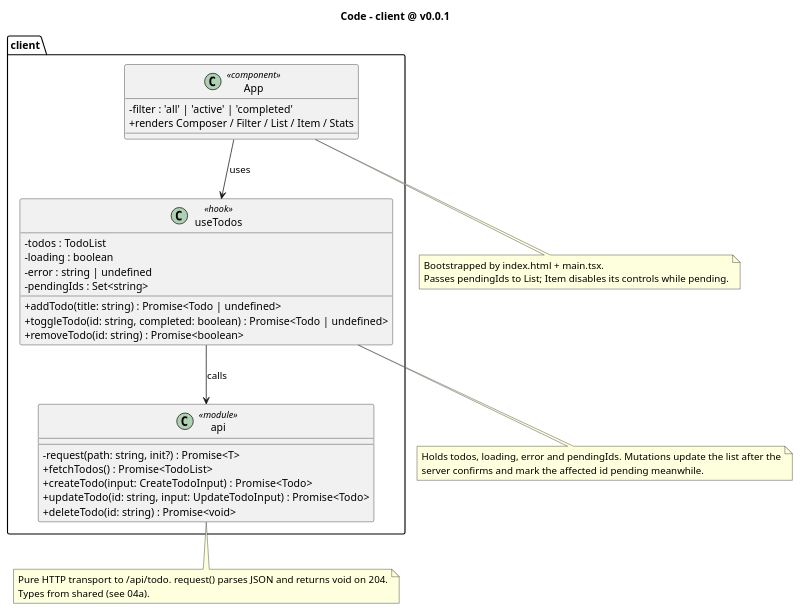
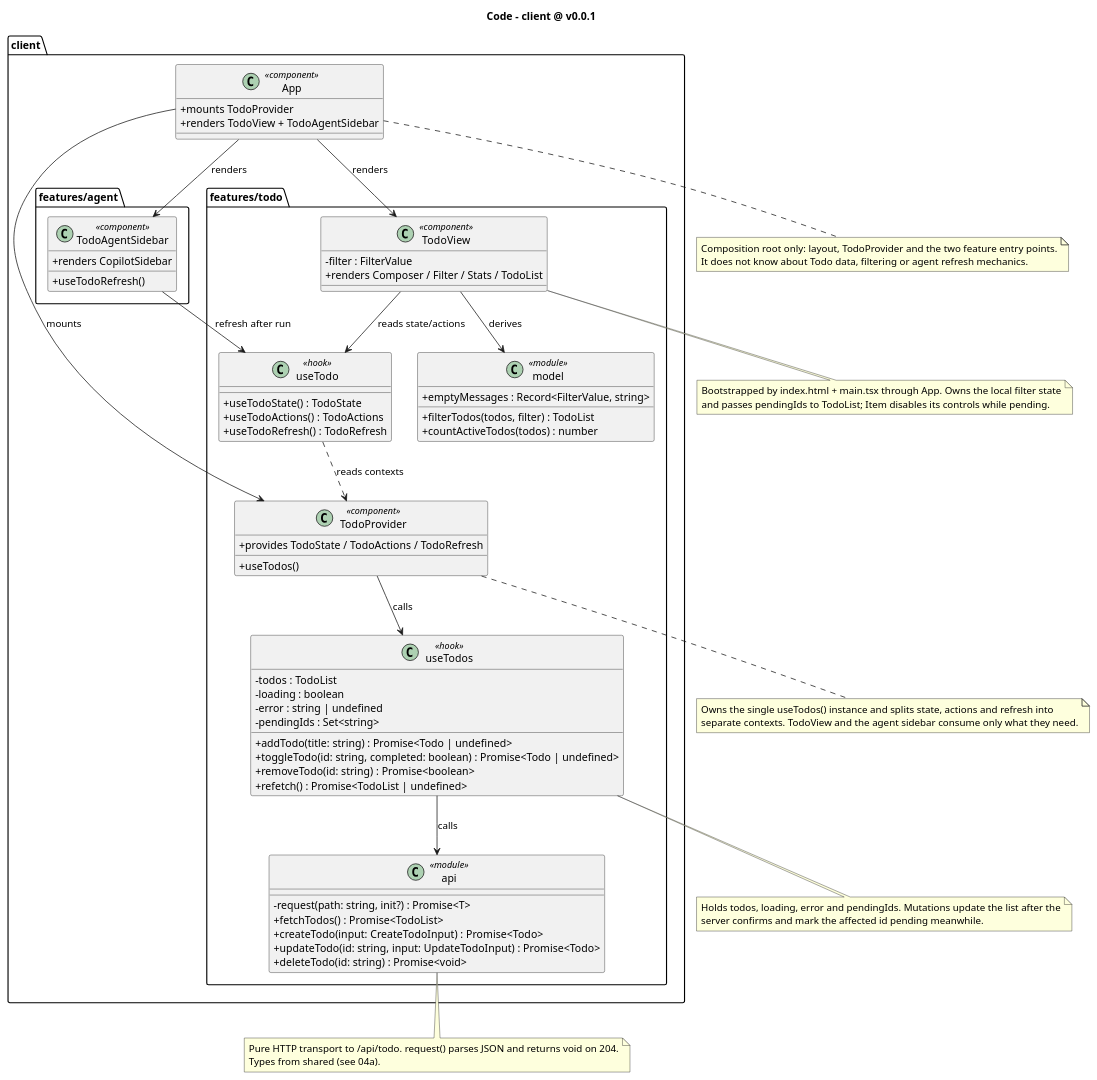
The diagram in docs/architecture/diagrams/04c-code-client.puml (MemoryIt/todo), drawn with PlantUML before and after one commit. The commit also changed 3 other files, not shown here.

Commit message:
docs(architecture): align client diagrams with feature modules

```diff
--- a/docs/architecture/diagrams/04c-code-client.puml
+++ b/docs/architecture/diagrams/04c-code-client.puml
@@ -1,48 +1,97 @@
 @startuml
 title Code - client @ v0.0.1
 skinparam classAttributeIconSize 0
 
 package "client" {
-  class api <<module>> {
-    -request(path: string, init?) : Promise<T>
-    +fetchTodos() : Promise<TodoList>
-    +createTodo(input: CreateTodoInput) : Promise<Todo>
-    +updateTodo(id: string, input: UpdateTodoInput) : Promise<Todo>
-    +deleteTodo(id: string) : Promise<void>
+  package "features/todo" {
+    class api <<module>> {
+      -request(path: string, init?) : Promise<T>
+      +fetchTodos() : Promise<TodoList>
+      +createTodo(input: CreateTodoInput) : Promise<Todo>
+      +updateTodo(id: string, input: UpdateTodoInput) : Promise<Todo>
+      +deleteTodo(id: string) : Promise<void>
+    }
+
+    class useTodos <<hook>> {
+      -todos : TodoList
+      -loading : boolean
+      -error : string | undefined
+      -pendingIds : Set<string>
+      +addTodo(title: string) : Promise<Todo | undefined>
+      +toggleTodo(id: string, completed: boolean) : Promise<Todo | undefined>
+      +removeTodo(id: string) : Promise<boolean>
+      +refetch() : Promise<TodoList | undefined>
+    }
+
+    class TodoProvider <<component>> {
+      +useTodos()
+      +provides TodoState / TodoActions / TodoRefresh
+    }
+
+    class useTodo <<hook>> {
+      +useTodoState() : TodoState
+      +useTodoActions() : TodoActions
+      +useTodoRefresh() : TodoRefresh
+    }
+
+    class TodoView <<component>> {
+      -filter : FilterValue
+      +renders Composer / Filter / Stats / TodoList
+    }
+
+    class model <<module>> {
+      +filterTodos(todos, filter) : TodoList
+      +countActiveTodos(todos) : number
+      +emptyMessages : Record<FilterValue, string>
+    }
   }
 
-  class useTodos <<hook>> {
-    -todos : TodoList
-    -loading : boolean
-    -error : string | undefined
-    -pendingIds : Set<string>
-    +addTodo(title: string) : Promise<Todo | undefined>
-    +toggleTodo(id: string, completed: boolean) : Promise<Todo | undefined>
-    +removeTodo(id: string) : Promise<boolean>
+  package "features/agent" {
+    class TodoAgentSidebar <<component>> {
+      +useTodoRefresh()
+      +renders CopilotSidebar
+    }
   }
 
   class App <<component>> {
-    -filter : 'all' | 'active' | 'completed'
-    +renders Composer / Filter / List / Item / Stats
+    +mounts TodoProvider
+    +renders TodoView + TodoAgentSidebar
   }
 }
 
+TodoProvider --> useTodos : calls
+TodoView --> useTodo : reads state/actions
+TodoView --> model : derives
 useTodos --> api : calls
-App --> useTodos : uses
+TodoAgentSidebar --> useTodo : refresh after run
+useTodo ..> TodoProvider : reads contexts
+App --> TodoProvider : mounts
+App --> TodoView : renders
+App --> TodoAgentSidebar : renders
 
 note bottom of api
   Pure HTTP transport to /api/todo. request() parses JSON and returns void on 204.
   Types from shared (see 04a).
 end note
 
 note bottom of useTodos
   Holds todos, loading, error and pendingIds. Mutations update the list after the
   server confirms and mark the affected id pending meanwhile.
 end note
 
+note bottom of TodoProvider
+  Owns the single useTodos() instance and splits state, actions and refresh into
+  separate contexts. TodoView and the agent sidebar consume only what they need.
+end note
+
+note bottom of TodoView
+  Bootstrapped by index.html + main.tsx through App. Owns the local filter state
+  and passes pendingIds to TodoList; Item disables its controls while pending.
+end note
+
 note bottom of App
-  Bootstrapped by index.html + main.tsx.
-  Passes pendingIds to List; Item disables its controls while pending.
+  Composition root only: layout, TodoProvider and the two feature entry points.
+  It does not know about Todo data, filtering or agent refresh mechanics.
 end note
 
 @enduml
```
